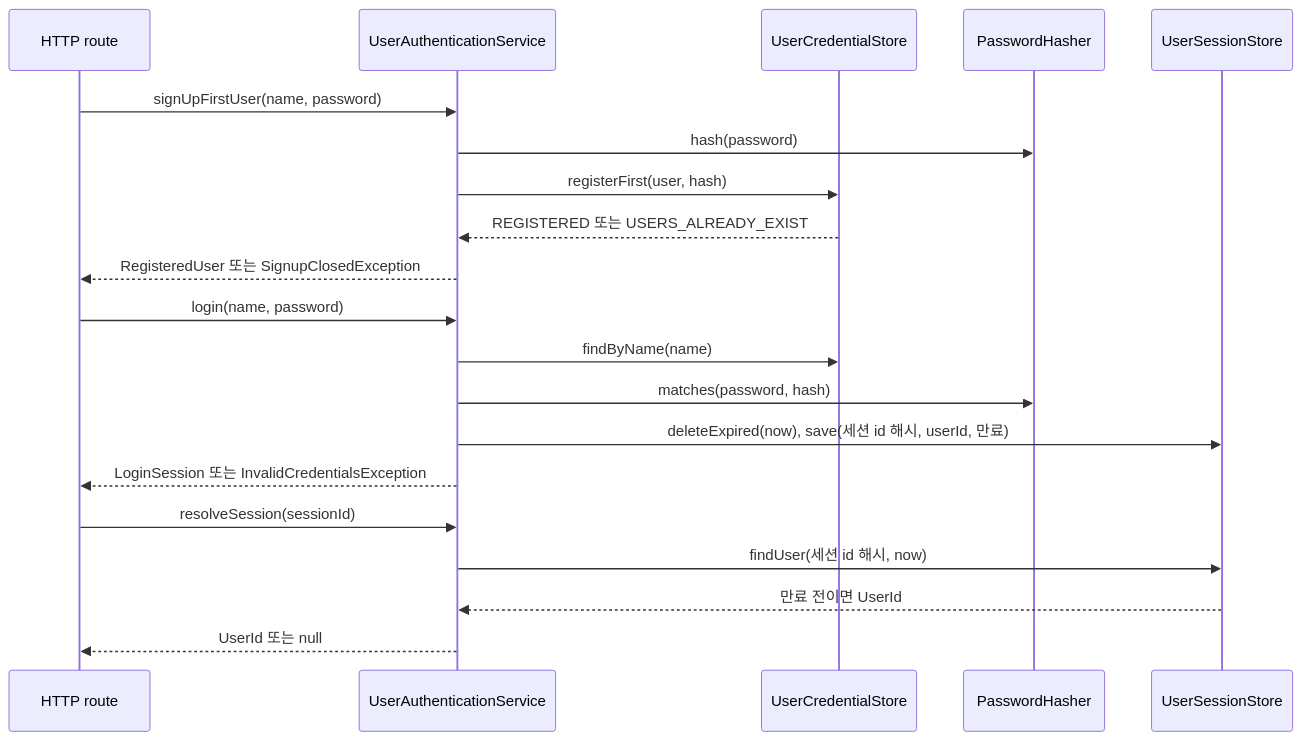
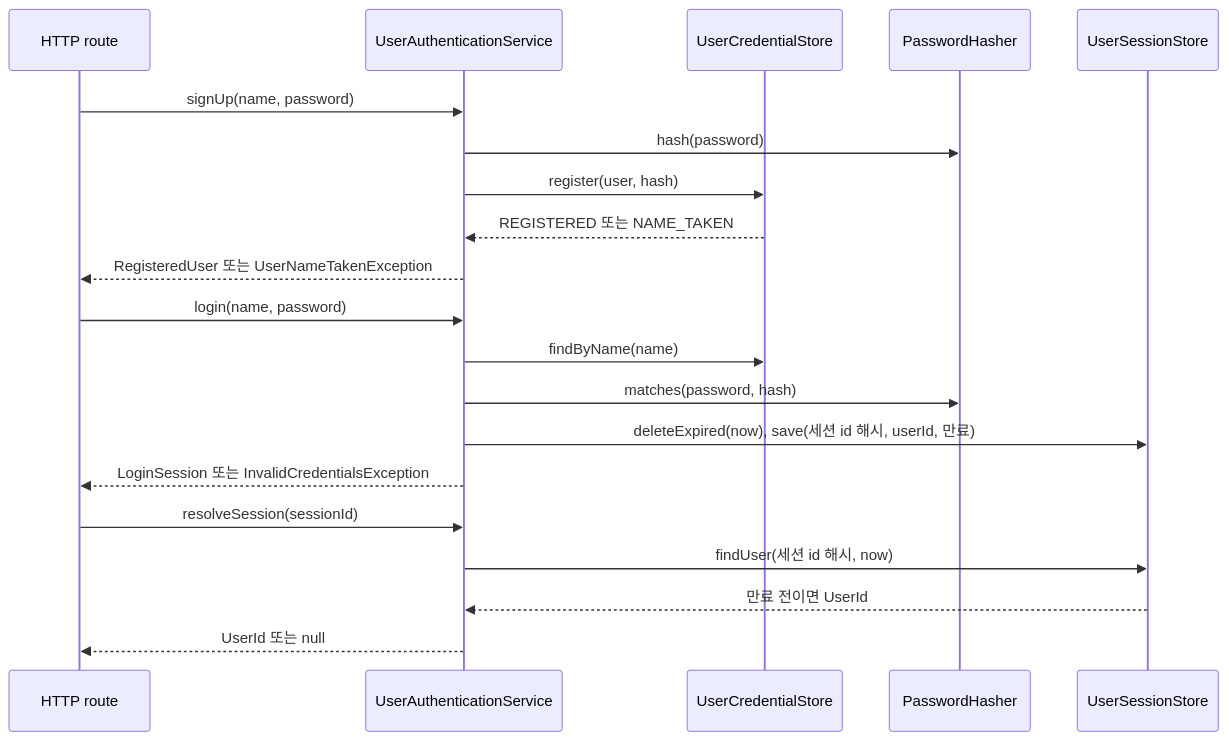
Before and after one commit to magenta1223/home_assistant: the second of 2 diagrams in application/src/main/kotlin/com/homeassistant/application/usecase/identity/README.md, drawn with Mermaid. The commit also changed other lines of this file and 12 other files, not shown here.

First line of the commit message:
Let every user sign up directly

````diff
--- a/application/src/main/kotlin/com/homeassistant/application/usecase/identity/README.md
+++ b/application/src/main/kotlin/com/homeassistant/application/usecase/identity/README.md
@@ -30,25 +30,25 @@
 ```mermaid
 sequenceDiagram
     participant Http as HTTP route
     participant Auth as UserAuthenticationService
     participant Credentials as UserCredentialStore
     participant Hasher as PasswordHasher
     participant Sessions as UserSessionStore
 
-    Http->>Auth: signUpFirstUser(name, password)
+    Http->>Auth: signUp(name, password)
     Auth->>Hasher: hash(password)
-    Auth->>Credentials: registerFirst(user, hash)
-    Credentials-->>Auth: REGISTERED 또는 USERS_ALREADY_EXIST
-    Auth-->>Http: RegisteredUser 또는 SignupClosedException
+    Auth->>Credentials: register(user, hash)
+    Credentials-->>Auth: REGISTERED 또는 NAME_TAKEN
+    Auth-->>Http: RegisteredUser 또는 UserNameTakenException
 
     Http->>Auth: login(name, password)
     Auth->>Credentials: findByName(name)
     Auth->>Hasher: matches(password, hash)
     Auth->>Sessions: deleteExpired(now), save(세션 id 해시, userId, 만료)
     Auth-->>Http: LoginSession 또는 InvalidCredentialsException
 
     Http->>Auth: resolveSession(sessionId)
     Auth->>Sessions: findUser(세션 id 해시, now)
     Sessions-->>Auth: 만료 전이면 UserId
     Auth-->>Http: UserId 또는 null
 ```
````
